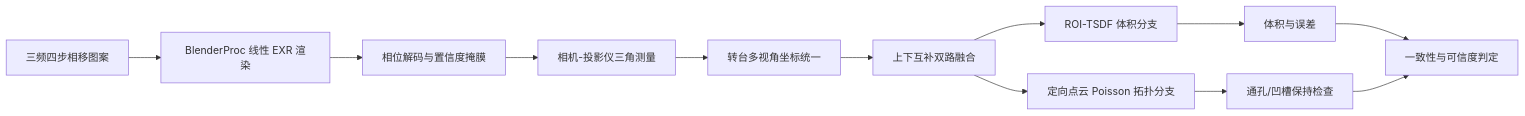
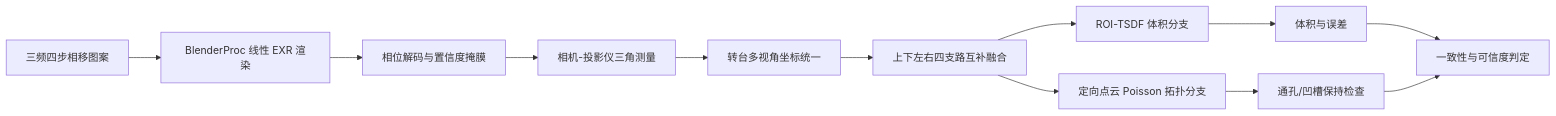
The diagram in README.md (zkhong-kkk/structured-light-sim), drawn with Mermaid before and after one commit. The commit also changed other lines of this file and 63 other files, not shown here.

````diff
--- a/README.md
+++ b/README.md
@@ -34,14 +41,14 @@
 ```mermaid
 flowchart LR
     A[三频四步相移图案] --> B[BlenderProc 线性 EXR 渲染]
     B --> C[相位解码与置信度掩膜]
     C --> D[相机-投影仪三角测量]
     D --> E[转台多视角坐标统一]
-    E --> F[上下互补双路融合]
+    E --> F[上下左右四支路互补融合]
     F --> G[ROI-TSDF 体积分支]
     F --> H[定向点云 Poisson 拓扑分支]
     G --> I[体积与误差]
     H --> J[通孔/凹槽保持检查]
     I --> K[一致性与可信度判定]
     J --> K
 ```
````
